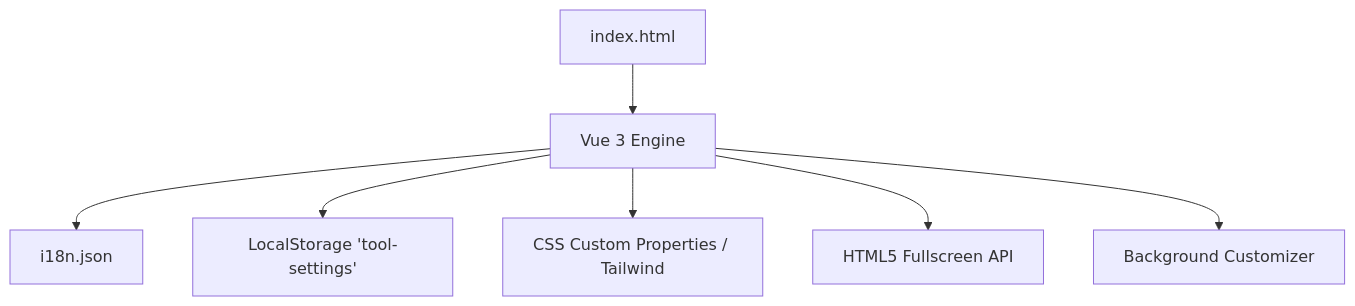
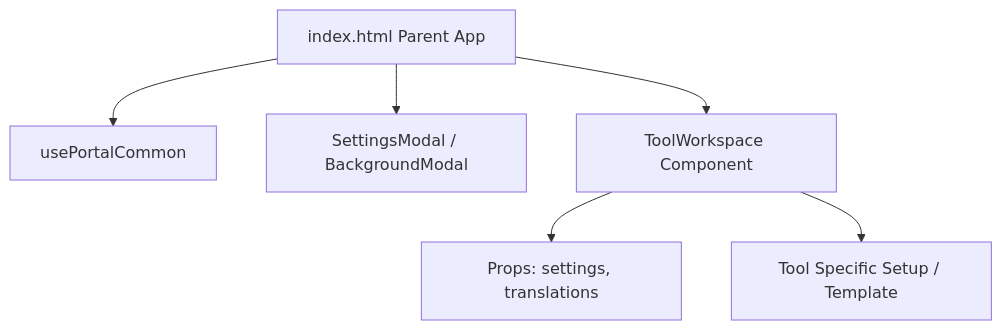
The diagram in TEMPLATE_GUIDE.md (monocy/free-web-tools), drawn with Mermaid before and after one commit. The commit also changed other lines of this file and 1 other file, not shown here.

Commit message:
Feat: modularize portal tools into ToolWorkspace component & update TEMPLATE_GUIDE

````diff
--- a/TEMPLATE_GUIDE.md
+++ b/TEMPLATE_GUIDE.md
@@ -12,9 +14,8 @@
 ```mermaid
 graph TD
-    A[index.html] --> B[Vue 3 Engine]
-    B --> C[i18n.json]
-    B --> D[LocalStorage 'tool-settings']
-    B --> E[CSS Custom Properties / Tailwind]
-    B --> F[HTML5 Fullscreen API]
-    B --> G[Background Customizer]
+    A[index.html Parent App] --> B[usePortalCommon]
+    A --> C[SettingsModal / BackgroundModal]
+    A --> D[ToolWorkspace Component]
+    D --> E[Props: settings, translations]
+    D --> F[Tool Specific Setup / Template]
 ```
````
